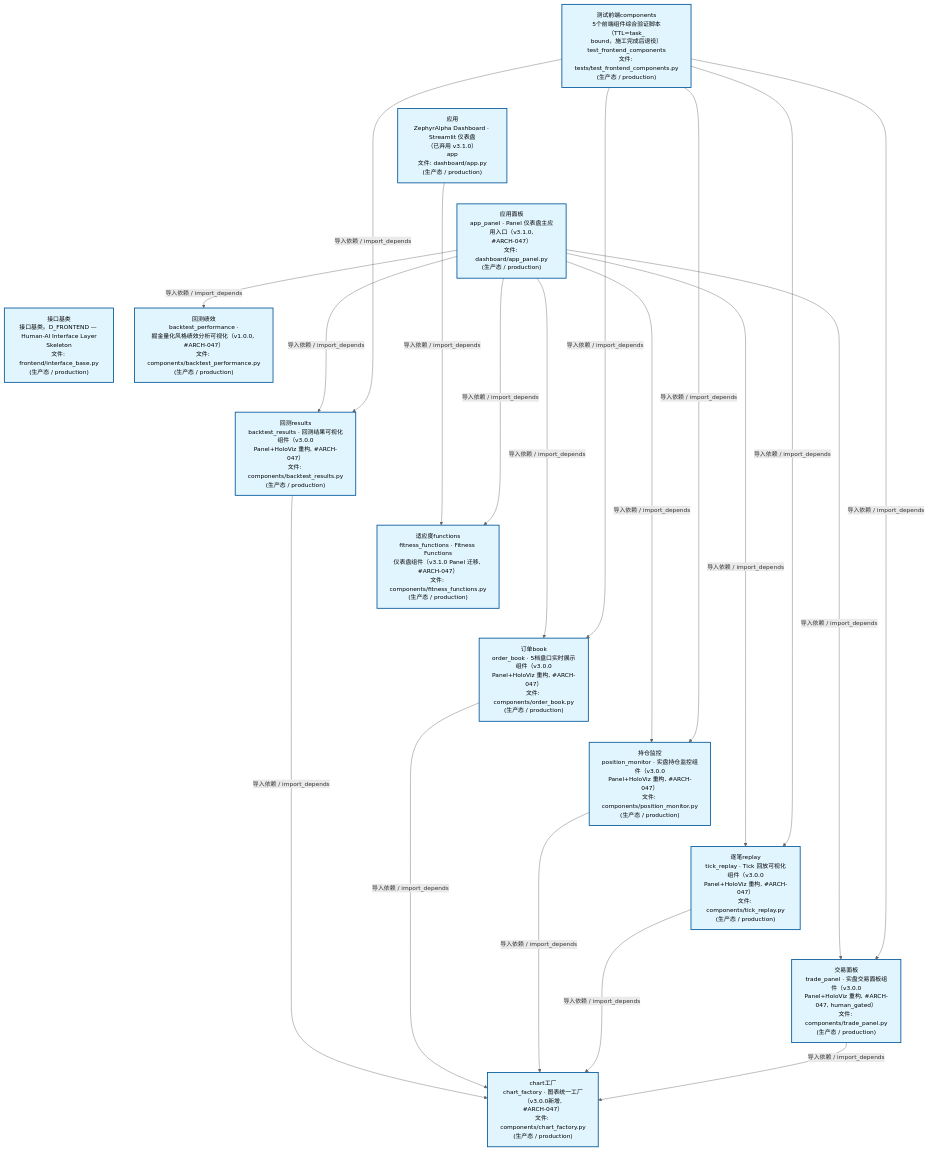
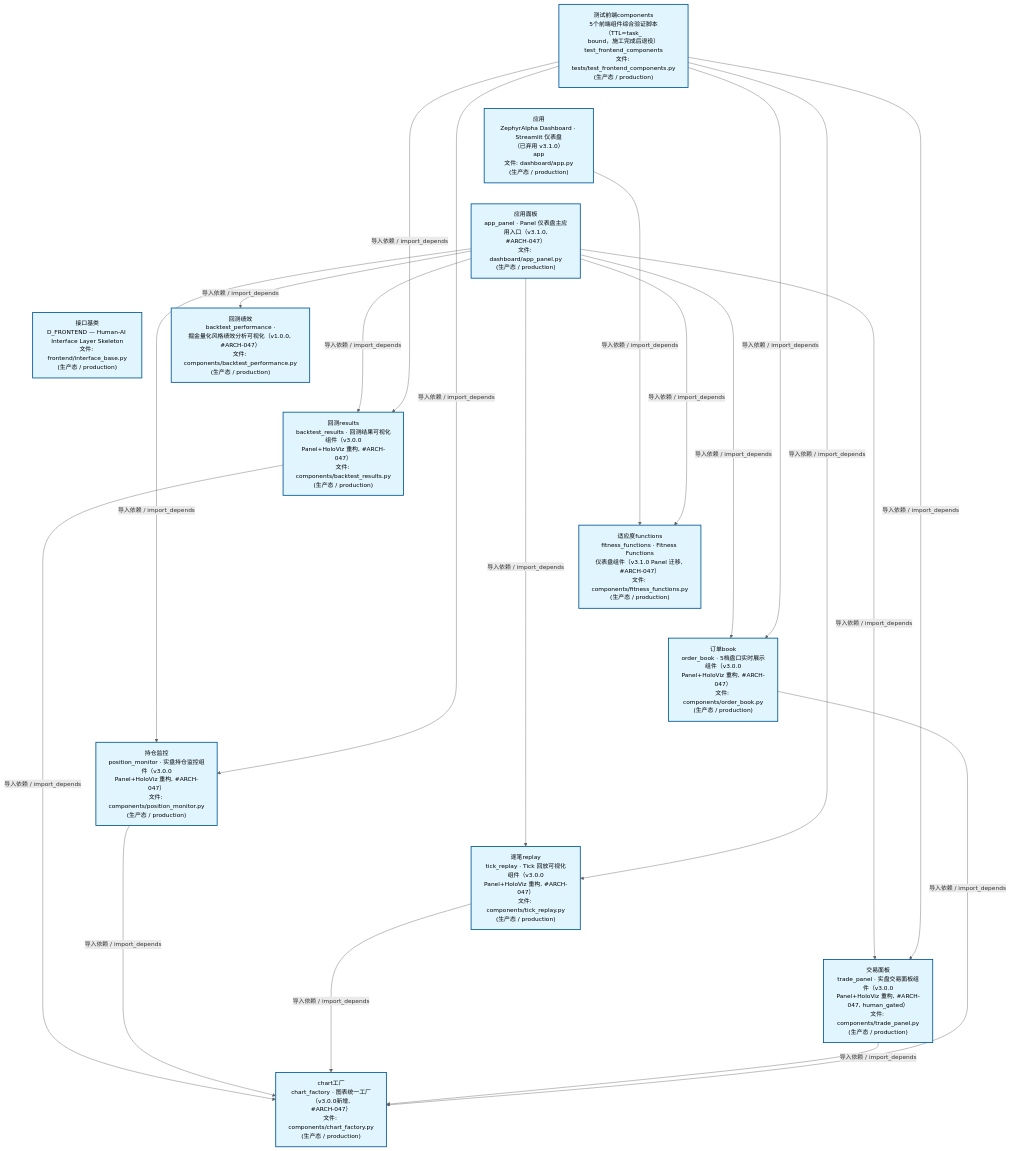
Before and after one commit to xuanFelixVan/ZephyrAlpha: the second of 4 diagrams in docs/02_enterprise_architecture/02_domain_architecture_docs/47_d_frontend.md, drawn with Mermaid. The commit also changed other lines of this file and 61 other files, not shown here.

````diff
--- a/docs/02_enterprise_architecture/02_domain_architecture_docs/47_d_frontend.md
+++ b/docs/02_enterprise_architecture/02_domain_architecture_docs/47_d_frontend.md
@@ -124,48 +124,48 @@
 ```mermaid
 %%{init: {'theme': 'base', 'themeVariables': {'primaryColor': '#eaeaea', 'primaryTextColor': '#333333', 'primaryBorderColor': '#666666', 'lineColor': '#666666', 'secondaryColor': '#eaeaea', 'tertiaryColor': '#eaeaea', 'fontSize': '14px'}}}%%
 flowchart TD
     scripts_tests_test_frontend_components_py["测试前端components<br/>5个前端组件综合验证脚本（TTL=task_<br/>bound，施工完成后退役）<br/>test_frontend_components<br/>文件: tests/test_frontend_components.py<br/>(生产态 / production)"]
     src_zephyr_frontend_dashboard_app_py["应用<br/>ZephyrAlpha Dashboard · Streamlit 仪表盘<br/>（已弃用 v3.1.0）<br/>app<br/>文件: dashboard/app.py<br/>(生产态 / production)"]
     src_zephyr_frontend_dashboard_app_panel_py["应用面板<br/>app_panel · Panel 仪表盘主应用入口（v3.1.0,<br/>#ARCH-047）<br/>文件: dashboard/app_panel.py<br/>(生产态 / production)"]
-    src_zephyr_frontend_interface_base_py["接口基类<br/>接口基类。D_FRONTEND — Human-AI Interface Layer<br/>Skeleton<br/>文件: frontend/interface_base.py<br/>(生产态 / production)"]
+    src_zephyr_frontend_interface_base_py["接口基类<br/>D_FRONTEND — Human-AI Interface Layer Skeleton<br/>文件: frontend/interface_base.py<br/>(生产态 / production)"]
     scripts_tests_test_frontend_components_py ~~~ src_zephyr_frontend_dashboard_app_py
     src_zephyr_frontend_dashboard_app_py ~~~ src_zephyr_frontend_dashboard_app_panel_py
     src_zephyr_frontend_dashboard_app_panel_py ~~~ src_zephyr_frontend_interface_base_py
     src_zephyr_frontend_dashboard_components_backtest_performance_py["回测绩效<br/>backtest_performance ·<br/>掘金量化风格绩效分析可视化（v1.0.0, #ARCH-047）<br/>文件: components/backtest_performance.py<br/>(生产态 / production)"]
     src_zephyr_frontend_dashboard_components_backtest_results_py["回测results<br/>backtest_results · 回测结果可视化组件（v3.0.0<br/>Panel+HoloViz 重构, #ARCH-047）<br/>文件: components/backtest_results.py<br/>(生产态 / production)"]
     src_zephyr_frontend_dashboard_components_fitness_functions_py["适应度functions<br/>fitness_functions · Fitness Functions<br/>仪表盘组件（v3.1.0 Panel 迁移, #ARCH-047）<br/>文件: components/fitness_functions.py<br/>(生产态 / production)"]
     src_zephyr_frontend_dashboard_components_order_book_py["订单book<br/>order_book · 5档盘口实时展示组件（v3.0.0<br/>Panel+HoloViz 重构, #ARCH-047）<br/>文件: components/order_book.py<br/>(生产态 / production)"]
     src_zephyr_frontend_dashboard_components_position_monitor_py["持仓监控<br/>position_monitor · 实盘持仓监控组件（v3.0.0<br/>Panel+HoloViz 重构, #ARCH-047）<br/>文件: components/position_monitor.py<br/>(生产态 / production)"]
     src_zephyr_frontend_dashboard_components_tick_replay_py["逐笔replay<br/>tick_replay · Tick 回放可视化组件（v3.0.0<br/>Panel+HoloViz 重构, #ARCH-047）<br/>文件: components/tick_replay.py<br/>(生产态 / production)"]
     src_zephyr_frontend_dashboard_components_trade_panel_py["交易面板<br/>trade_panel · 实盘交易面板组件（v3.0.0<br/>Panel+HoloViz 重构, #ARCH-047, human_gated）<br/>文件: components/trade_panel.py<br/>(生产态 / production)"]
     src_zephyr_frontend_dashboard_components_backtest_performance_py ~~~ src_zephyr_frontend_dashboard_components_backtest_results_py
     src_zephyr_frontend_dashboard_components_backtest_results_py ~~~ src_zephyr_frontend_dashboard_components_fitness_functions_py
     src_zephyr_frontend_dashboard_components_fitness_functions_py ~~~ src_zephyr_frontend_dashboard_components_order_book_py
     src_zephyr_frontend_dashboard_components_order_book_py ~~~ src_zephyr_frontend_dashboard_components_position_monitor_py
     src_zephyr_frontend_dashboard_components_position_monitor_py ~~~ src_zephyr_frontend_dashboard_components_tick_replay_py
     src_zephyr_frontend_dashboard_components_tick_replay_py ~~~ src_zephyr_frontend_dashboard_components_trade_panel_py
     src_zephyr_frontend_dashboard_components_chart_factory_py["chart工厂<br/>chart_factory · 图表统一工厂（v3.0.0新增,<br/>#ARCH-047）<br/>文件: components/chart_factory.py<br/>(生产态 / production)"]
     src_zephyr_frontend_dashboard_app_py -->|导入依赖 / import_depends| src_zephyr_frontend_dashboard_components_fitness_functions_py
     src_zephyr_frontend_dashboard_app_panel_py -->|导入依赖 / import_depends| src_zephyr_frontend_dashboard_components_fitness_functions_py
+    src_zephyr_frontend_dashboard_app_panel_py -->|导入依赖 / import_depends| src_zephyr_frontend_dashboard_components_backtest_results_py
     src_zephyr_frontend_dashboard_app_panel_py -->|导入依赖 / import_depends| src_zephyr_frontend_dashboard_components_backtest_performance_py
-    src_zephyr_frontend_dashboard_app_panel_py -->|导入依赖 / import_depends| src_zephyr_frontend_dashboard_components_backtest_results_py
-    src_zephyr_frontend_dashboard_app_panel_py -->|导入依赖 / import_depends| src_zephyr_frontend_dashboard_components_order_book_py
     src_zephyr_frontend_dashboard_app_panel_py -->|导入依赖 / import_depends| src_zephyr_frontend_dashboard_components_position_monitor_py
     src_zephyr_frontend_dashboard_app_panel_py -->|导入依赖 / import_depends| src_zephyr_frontend_dashboard_components_tick_replay_py
     src_zephyr_frontend_dashboard_app_panel_py -->|导入依赖 / import_depends| src_zephyr_frontend_dashboard_components_trade_panel_py
+    src_zephyr_frontend_dashboard_app_panel_py -->|导入依赖 / import_depends| src_zephyr_frontend_dashboard_components_order_book_py
     src_zephyr_frontend_dashboard_components_backtest_results_py -->|导入依赖 / import_depends| src_zephyr_frontend_dashboard_components_chart_factory_py
-    src_zephyr_frontend_dashboard_components_order_book_py -->|导入依赖 / import_depends| src_zephyr_frontend_dashboard_components_chart_factory_py
     src_zephyr_frontend_dashboard_components_position_monitor_py -->|导入依赖 / import_depends| src_zephyr_frontend_dashboard_components_chart_factory_py
     src_zephyr_frontend_dashboard_components_tick_replay_py -->|导入依赖 / import_depends| src_zephyr_frontend_dashboard_components_chart_factory_py
     src_zephyr_frontend_dashboard_components_trade_panel_py -->|导入依赖 / import_depends| src_zephyr_frontend_dashboard_components_chart_factory_py
+    src_zephyr_frontend_dashboard_components_order_book_py -->|导入依赖 / import_depends| src_zephyr_frontend_dashboard_components_chart_factory_py
     scripts_tests_test_frontend_components_py -->|导入依赖 / import_depends| src_zephyr_frontend_dashboard_components_backtest_results_py
-    scripts_tests_test_frontend_components_py -->|导入依赖 / import_depends| src_zephyr_frontend_dashboard_components_order_book_py
     scripts_tests_test_frontend_components_py -->|导入依赖 / import_depends| src_zephyr_frontend_dashboard_components_position_monitor_py
     scripts_tests_test_frontend_components_py -->|导入依赖 / import_depends| src_zephyr_frontend_dashboard_components_tick_replay_py
     scripts_tests_test_frontend_components_py -->|导入依赖 / import_depends| src_zephyr_frontend_dashboard_components_trade_panel_py
+    scripts_tests_test_frontend_components_py -->|导入依赖 / import_depends| src_zephyr_frontend_dashboard_components_order_book_py
     classDef production fill:#e1f5fe,stroke:#01579b,stroke-width:2px,color:#000
     classDef design fill:#fff3e0,stroke:#e65100,stroke-width:2px,color:#000,stroke-dasharray: 5 5
     classDef external_prod fill:#e8f4fd,stroke:#0277bd,stroke-width:1px,color:#000
     classDef external_design fill:#fff8e7,stroke:#ef6c00,stroke-width:1px,color:#000,stroke-dasharray: 5 5
     class scripts_tests_test_frontend_components_py,src_zephyr_frontend_dashboard_app_py,src_zephyr_frontend_dashboard_app_panel_py,src_zephyr_frontend_dashboard_components_backtest_performance_py,src_zephyr_frontend_dashboard_components_backtest_results_py,src_zephyr_frontend_dashboard_components_chart_factory_py,src_zephyr_frontend_dashboard_components_fitness_functions_py,src_zephyr_frontend_dashboard_components_order_book_py,src_zephyr_frontend_dashboard_components_position_monitor_py,src_zephyr_frontend_dashboard_components_tick_replay_py,src_zephyr_frontend_dashboard_components_trade_panel_py,src_zephyr_frontend_interface_base_py production
 ```
````
